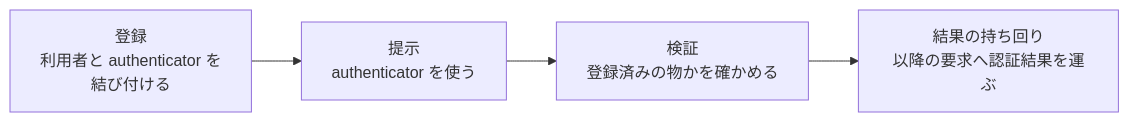
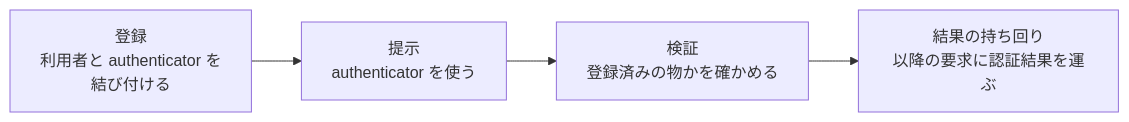
One commit to nao1215/debimate changed the first of 7 diagrams in content/notes/security/authentication/index.md. Above: the diagram before and after it, drawn with Mermaid. The commit also changed other lines of this file and 46 other files, not shown here.

````diff
--- a/content/notes/security/authentication/index.md
+++ b/content/notes/security/authentication/index.md
@@ -16,6 +16,6 @@
 ```mermaid
 flowchart LR
     R["登録<br/>利用者と authenticator を<br/>結び付ける"] --> P["提示<br/>authenticator を使う"]
     P --> V["検証<br/>登録済みの物かを確かめる"]
-    V --> S["結果の持ち回り<br/>以降の要求へ認証結果を運ぶ"]
+    V --> S["結果の持ち回り<br/>以降の要求に認証結果を運ぶ"]
 ```
````
